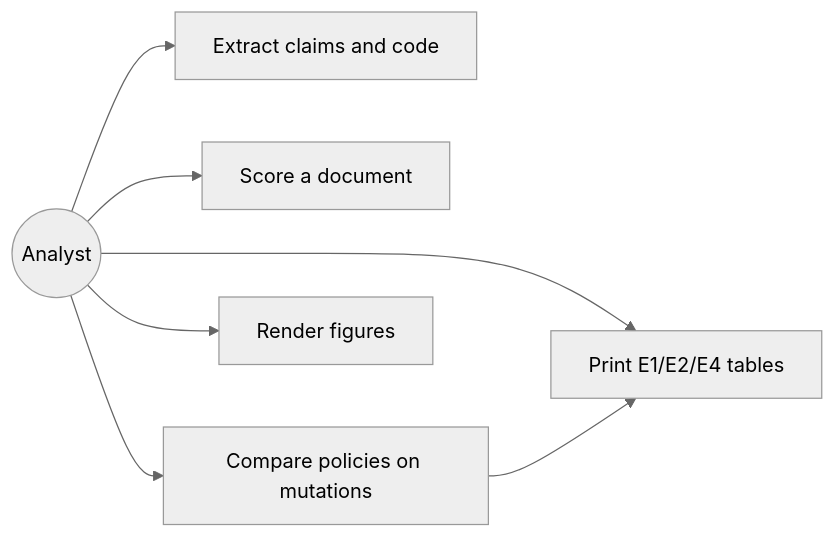
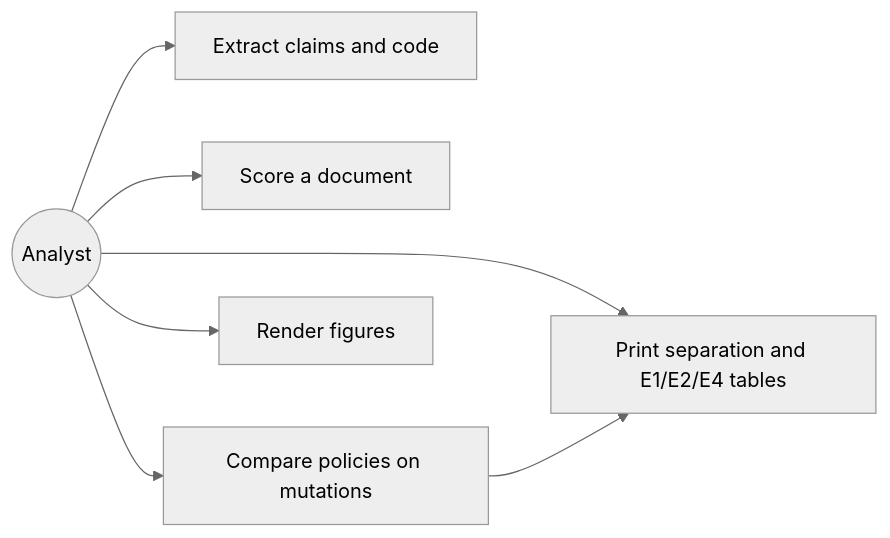
Before and after one commit to JothishKamal/cdc-trace: the third of 5 diagrams in docs/report/04-design.md, drawn with Mermaid (neutral theme). The commit also changed other lines of this file and 1 other file, not shown here.

````diff
--- a/docs/report/04-design.md
+++ b/docs/report/04-design.md
@@ -70,9 +70,9 @@
 ```mermaid
 flowchart LR
   Analyst((Analyst)) --> UC1[Extract claims and code]
   Analyst --> UC2[Score a document]
   Analyst --> UC3[Compare policies on mutations]
-  Analyst --> UC4[Print E1/E2/E4 tables]
+  Analyst --> UC4[Print separation and E1/E2/E4 tables]
   Analyst --> UC5[Render figures]
   UC3 --> UC4
 ```
````
